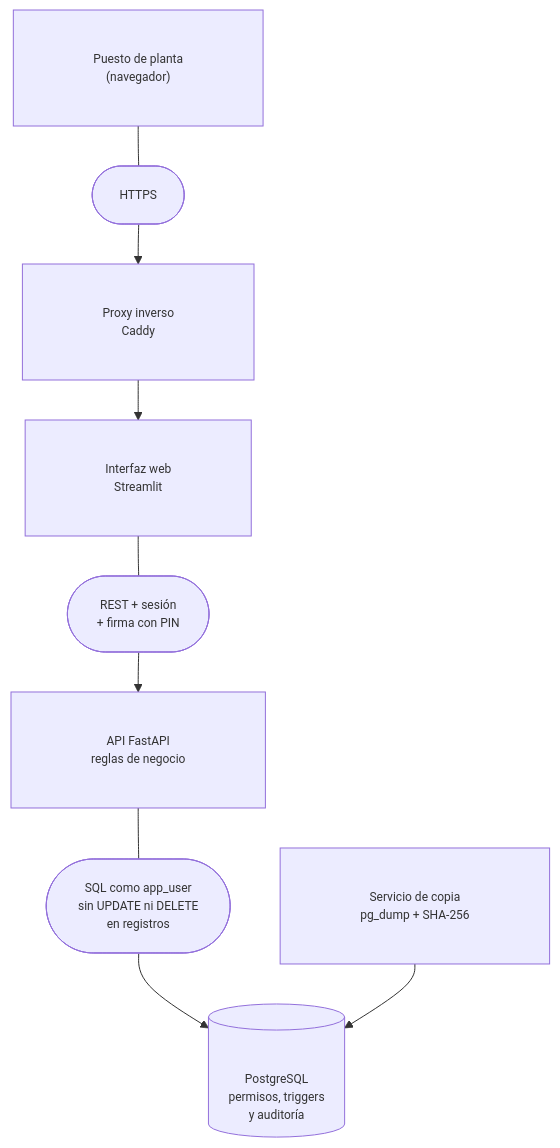
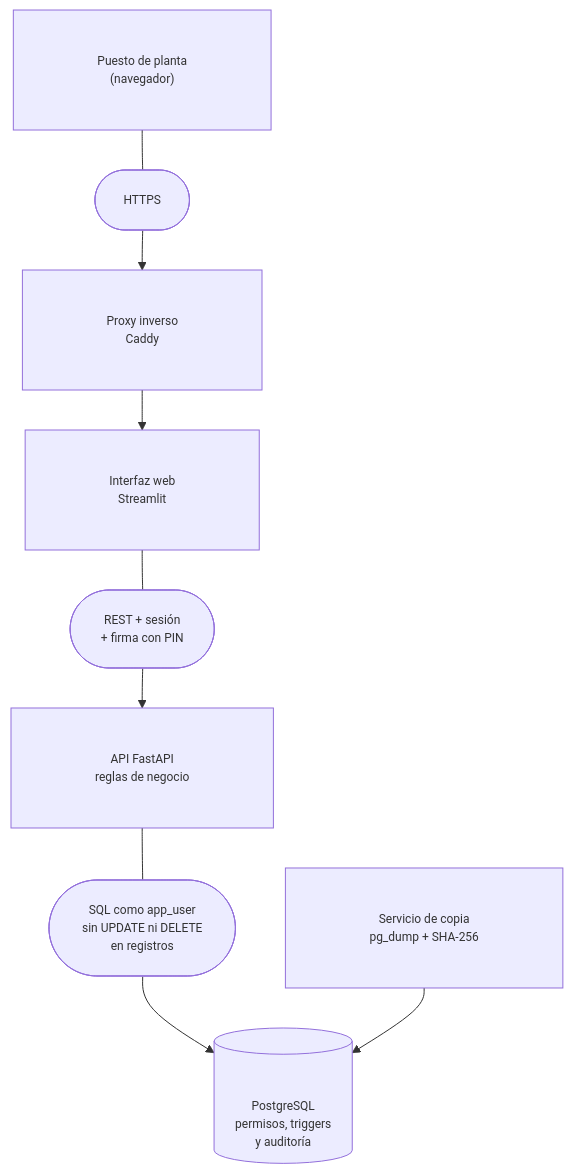
Before and after one commit to Aless-Mereu/Escaparate-Libro-Diligenciado-Digital: the diagram in README.md, drawn with Mermaid.

Commit message:
cambios estéticos menores

````diff
--- a/README.md
+++ b/README.md
@@ -63,11 +63,11 @@
 ```mermaid
-%%{init: {"themeVariables": {"fontSize": "12px", "fontFamily": "Arial, Helvetica, sans-serif"}, "flowchart": {"htmlLabels": false, "padding": 40, "nodeSpacing": 50, "rankSpacing": 40}}}%%
+%%{init: {"themeVariables": {"fontSize": "12px", "fontFamily": "Arial, Helvetica, sans-serif"}, "flowchart": {"htmlLabels": false, "padding": 42, "nodeSpacing": 50, "rankSpacing": 40}}}%%
 flowchart TD
     %% Los textos de las flechas van en cajas propias (forma redondeada):
     %% las cajas tienen fondo opaco y la flecha no las atraviesa.
     A["Puesto de planta<br/>(navegador)"] --- C1(["HTTPS"]) --> P["Proxy inverso<br/>Caddy"]
     P --> F["Interfaz web<br/>Streamlit"]
     F --- C2(["REST + sesión<br/>+ firma con PIN"]) --> B["API FastAPI<br/>reglas de negocio"]
     B --- C3(["SQL como app_user<br/>sin UPDATE ni DELETE<br/>en registros"]) --> D[("PostgreSQL<br/>permisos, triggers<br/>y auditoría")]
     K["Servicio de copia<br/>pg_dump + SHA-256"] --> D
 ```
````
